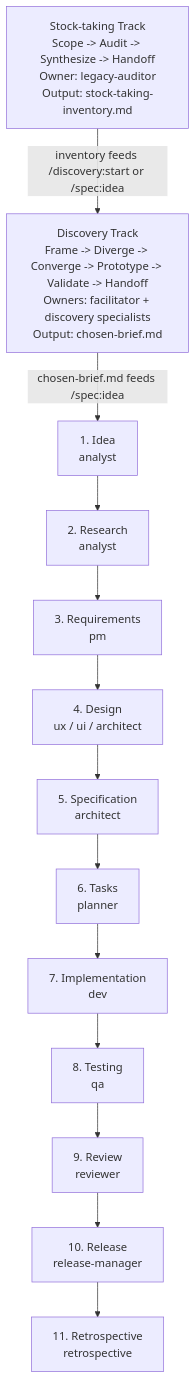
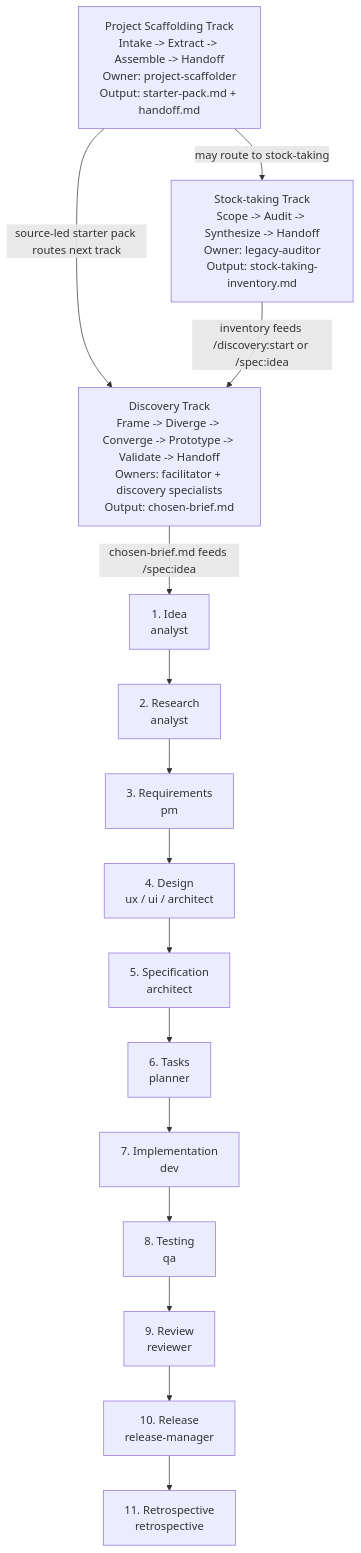
One commit to Luis85/agentic-workflow changed the first of 2 diagrams in docs/workflow-overview.md. Above: the diagram before and after it, drawn with Mermaid. The commit also changed other lines of this file and 26 other files, not shown here.

Commit message:
feat(scaffold): add ADR-0011 project scaffolding track

````diff
--- a/docs/workflow-overview.md
+++ b/docs/workflow-overview.md
@@ -3,30 +3,33 @@
 ```mermaid
 flowchart TD
+    scaffold["Project Scaffolding Track<br/>Intake -> Extract -> Assemble -> Handoff<br/>Owner: project-scaffolder<br/>Output: starter-pack.md + handoff.md"]
     stock["Stock-taking Track<br/>Scope -> Audit -> Synthesize -> Handoff<br/>Owner: legacy-auditor<br/>Output: stock-taking-inventory.md"]
     discovery["Discovery Track<br/>Frame -> Diverge -> Converge -> Prototype -> Validate -> Handoff<br/>Owners: facilitator + discovery specialists<br/>Output: chosen-brief.md"]
 
     idea["1. Idea<br/>analyst"]
     research["2. Research<br/>analyst"]
     requirements["3. Requirements<br/>pm"]
     design["4. Design<br/>ux / ui / architect"]
     specification["5. Specification<br/>architect"]
     tasks["6. Tasks<br/>planner"]
     implementation["7. Implementation<br/>dev"]
     testing["8. Testing<br/>qa"]
     review["9. Review<br/>reviewer"]
     release["10. Release<br/>release-manager"]
     retro["11. Retrospective<br/>retrospective"]
 
+    scaffold -->|source-led starter pack routes next track| discovery
+    scaffold -->|may route to stock-taking| stock
     stock -->|inventory feeds /discovery:start or /spec:idea| discovery
     discovery -->|chosen-brief.md feeds /spec:idea| idea
     idea --> research
     research --> requirements
     requirements --> design
     design --> specification
     specification --> tasks
     tasks --> implementation
     implementation --> testing
     testing --> review
     review --> release
     release --> retro
 ```
````
